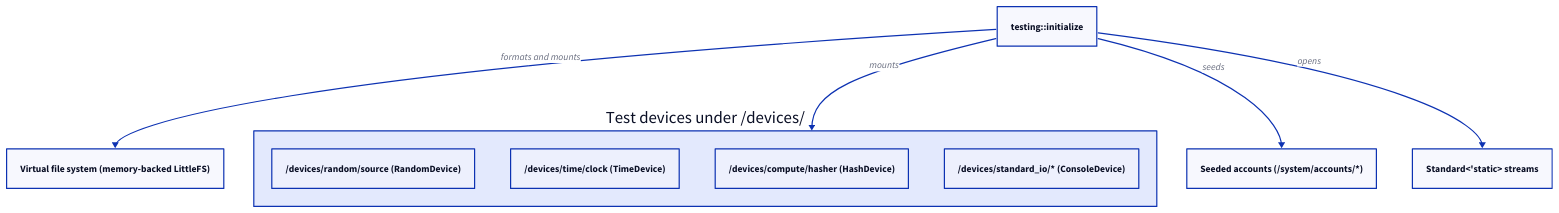
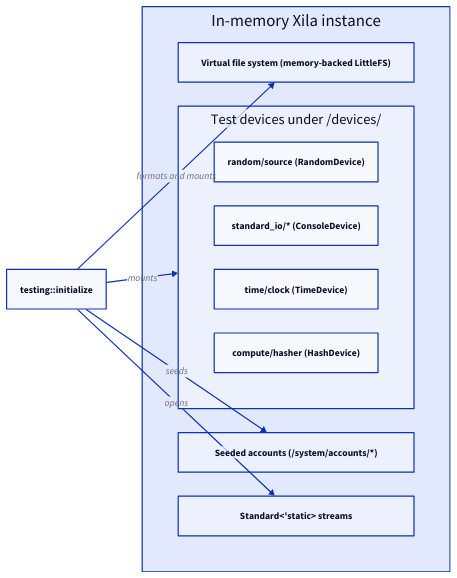
The diagram in src/content/docs/explanation/architecture/libraries/testing.mdx (xila-project/website), drawn with D2 before and after one commit. The commit also changed 6 other files, not shown here.

First line of the commit message:
docs(diagrams): tighten the shape classes and widths of the libraries diagrams

````diff
--- a/src/content/docs/explanation/architecture/libraries/testing.mdx
+++ b/src/content/docs/explanation/architecture/libraries/testing.mdx
@@ -82,18 +82,23 @@
 ```d2 title="In-memory test environment"
 direction: down
 init: "testing::initialize" { class: focus }
-vfs: Virtual file system (memory-backed LittleFS) { class: stored }
-devices: Test devices under /devices/ {
+instance: In-memory Xila instance {
   class: layer
-  random: "/devices/random/source (RandomDevice)" { class: hardware }
-  time: "/devices/time/clock (TimeDevice)" { class: hardware }
-  hasher: "/devices/compute/hasher (HashDevice)" { class: hardware }
-  stdio: "/devices/standard_io/* (ConsoleDevice)" { class: hardware }
+  grid-columns: 1
+  vfs: Virtual file system (memory-backed LittleFS) { class: stored }
+  devices: Test devices under /devices/ {
+    class: layer
+    grid-columns: 1
+    random: "random/source (RandomDevice)" { class: component }
+    stdio: "standard_io/* (ConsoleDevice)" { class: component }
+    time: "time/clock (TimeDevice)" { class: component }
+    hasher: "compute/hasher (HashDevice)" { class: component }
+  }
+  accounts: "Seeded accounts (/system/accounts/*)" { class: stored }
+  streams: "Standard<'static> streams" { class: io }
 }
-accounts: "Seeded accounts (/system/accounts/*)" { class: stored }
-streams: "Standard<'static> streams" { class: io }
-init -> vfs: formats and mounts
-init -> devices: mounts
-init -> accounts: seeds
-init -> streams: opens
+init -> instance.vfs: formats and mounts
+init -> instance.devices: mounts
+init -> instance.accounts: seeds
+init -> instance.streams: opens
 ```
````
